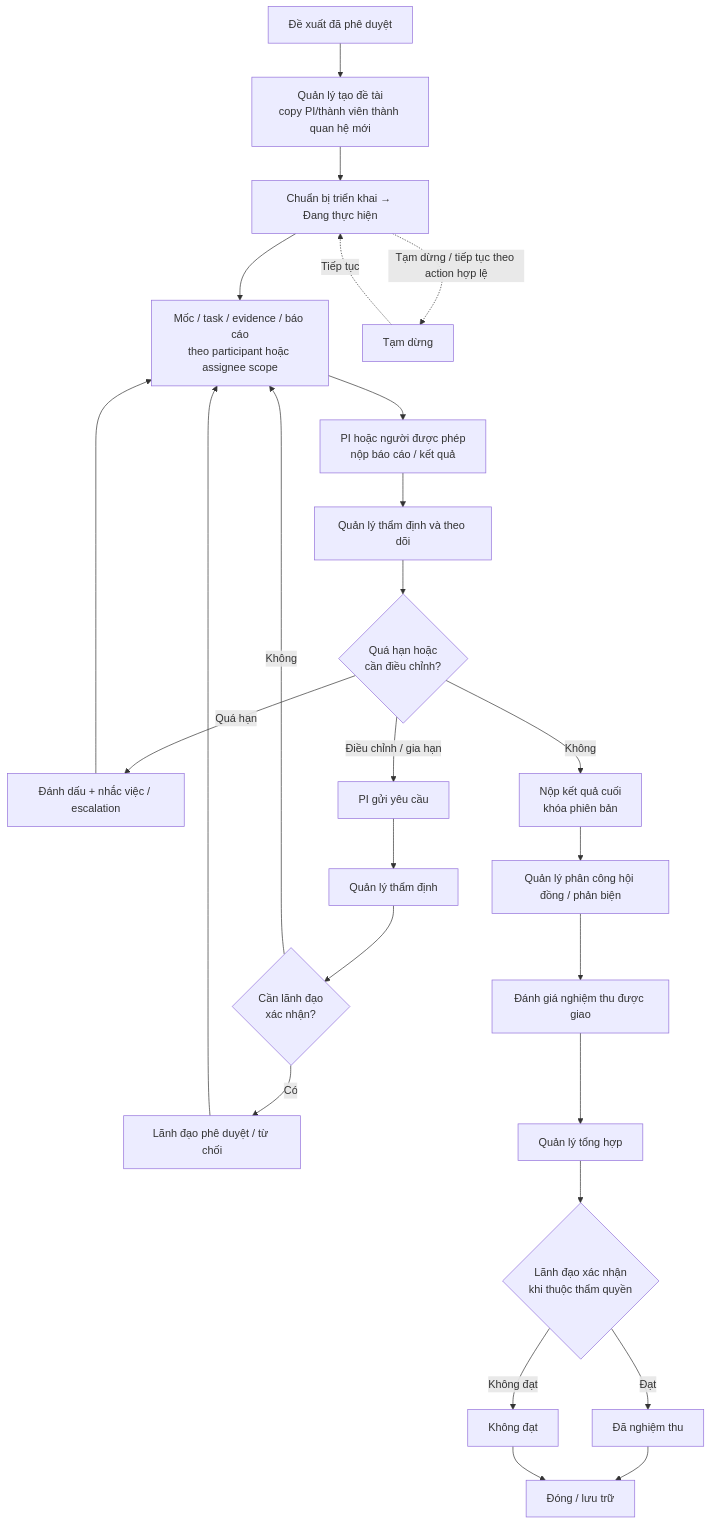
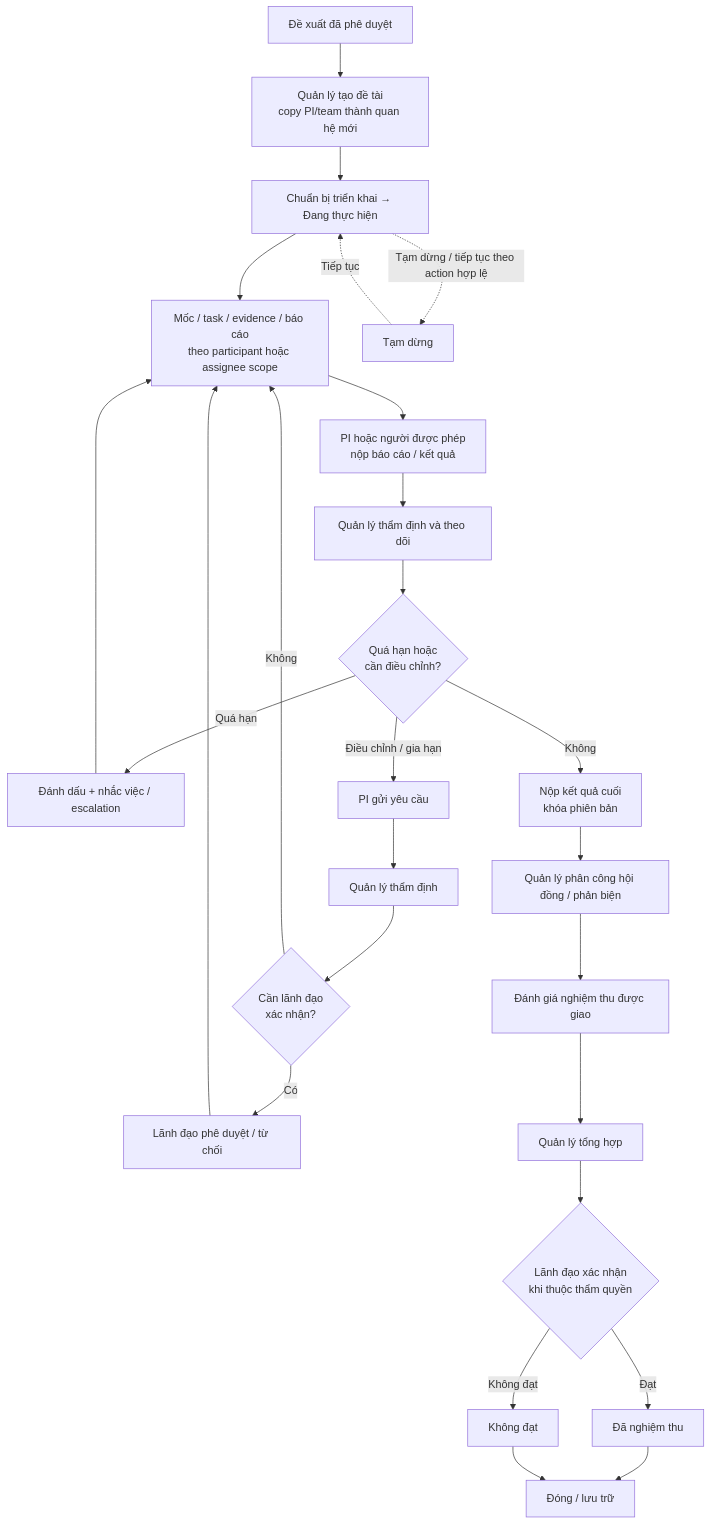
The fourth of 10 diagrams in docs/user-flows.md (thanhdotien278/DocManS), drawn with Mermaid before and after one commit. The commit also changed other lines of this file and 66 other files, not shown here.

````diff
--- a/docs/user-flows.md
+++ b/docs/user-flows.md
@@ -126,23 +127,23 @@
 ```mermaid
 flowchart TD
-  approved["Đề xuất đã phê duyệt"] --> prepare["Quản lý tạo đề tài<br/>copy PI/thành viên thành quan hệ mới"]
+  approved["Đề xuất đã phê duyệt"] --> prepare["Quản lý tạo đề tài<br/>copy PI/team thành quan hệ mới"]
   prepare --> active["Chuẩn bị triển khai → Đang thực hiện"]
   active --> work["Mốc / task / evidence / báo cáo<br/>theo participant hoặc assignee scope"]
   work --> report["PI hoặc người được phép<br/>nộp báo cáo / kết quả"]
   report --> staff_review["Quản lý thẩm định và theo dõi"]
   staff_review --> delayed{"Quá hạn hoặc<br/>cần điều chỉnh?"}
   delayed -- "Quá hạn" --> reminder["Đánh dấu + nhắc việc / escalation"] --> work
   delayed -- "Điều chỉnh / gia hạn" --> request["PI gửi yêu cầu"] --> review_request["Quản lý thẩm định"]
   review_request --> authority{"Cần lãnh đạo<br/>xác nhận?"}
   authority -- "Có" --> leader_decision["Lãnh đạo phê duyệt / từ chối"] --> work
   authority -- "Không" --> work
   delayed -- "Không" --> final["Nộp kết quả cuối<br/>khóa phiên bản"]
   active -. "Tạm dừng / tiếp tục theo action hợp lệ" .-> paused["Tạm dừng"]
   paused -. "Tiếp tục" .-> active
   final --> acceptance["Quản lý phân công hội đồng / phản biện"]
   acceptance --> acceptance_review["Đánh giá nghiệm thu được giao"]
   acceptance_review --> acceptance_summary["Quản lý tổng hợp"]
   acceptance_summary --> accept_decision{"Lãnh đạo xác nhận<br/>khi thuộc thẩm quyền"}
   accept_decision -- "Đạt" --> accepted["Đã nghiệm thu"] --> archive["Đóng / lưu trữ"]
   accept_decision -- "Không đạt" --> not_achieved["Không đạt"] --> archive
 ```
````
